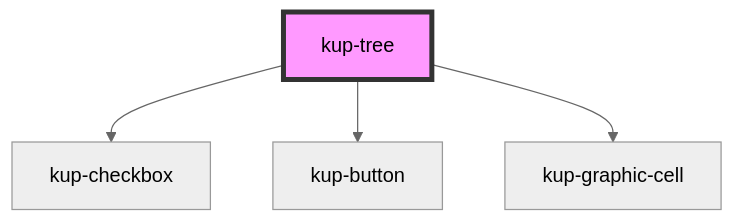
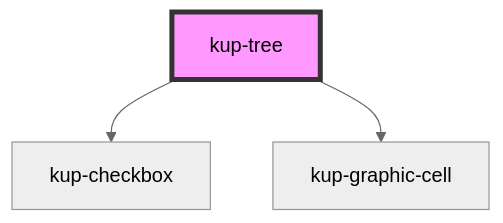
Before and after one commit to smeup/ketchup: the diagram in packages/ketchup/src/components/kup-tree/readme.md, drawn with Mermaid (neutral theme). The commit also changed other lines of this file and 1 other file, not shown here.

Commit message:
Removed unused content parsing from kup-tree.

````diff
--- a/packages/ketchup/src/components/kup-tree/readme.md
+++ b/packages/ketchup/src/components/kup-tree/readme.md
@@ -78,7 +77,6 @@
 ```mermaid
 graph TD;
   kup-tree --> kup-checkbox
-  kup-tree --> kup-button
   kup-tree --> kup-graphic-cell
   style kup-tree fill:#f9f,stroke:#333,stroke-width:4px
 ```
````
